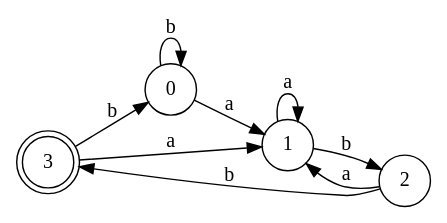
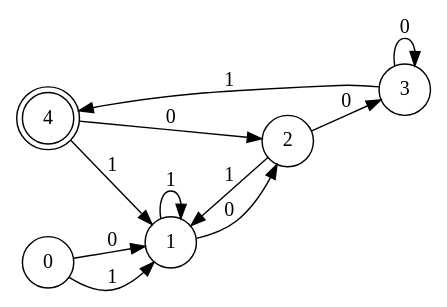
Before and after one commit to gusta257/Compis1: the diagram in fsmasd.gv, drawn with Graphviz. The commit also changed 13 other files, not shown here.

```diff
--- a/fsmasd.gv
+++ b/fsmasd.gv
@@ -1,21 +1,25 @@
 digraph finite_state_machine {
 	rankdir=LR size="8,5"
 	node [shape=doublecircle]
-	3
+	4
 	node [shape=circle]
-	0 -> 1 [label=a]
+	0 -> 1 [label=1]
 	node [shape=circle]
-	0 -> 0 [label=b]
+	0 -> 1 [label=0]
 	node [shape=circle]
-	1 -> 1 [label=a]
+	1 -> 1 [label=1]
 	node [shape=circle]
-	1 -> 2 [label=b]
+	1 -> 2 [label=0]
 	node [shape=circle]
-	2 -> 1 [label=a]
+	2 -> 1 [label=1]
 	node [shape=circle]
-	2 -> 3 [label=b]
+	2 -> 3 [label=0]
 	node [shape=circle]
-	3 -> 1 [label=a]
+	3 -> 4 [label=1]
 	node [shape=circle]
-	3 -> 0 [label=b]
+	3 -> 3 [label=0]
+	node [shape=circle]
+	4 -> 1 [label=1]
+	node [shape=circle]
+	4 -> 2 [label=0]
 }
```
